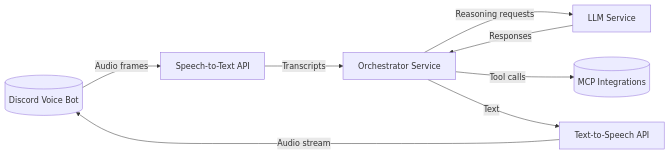
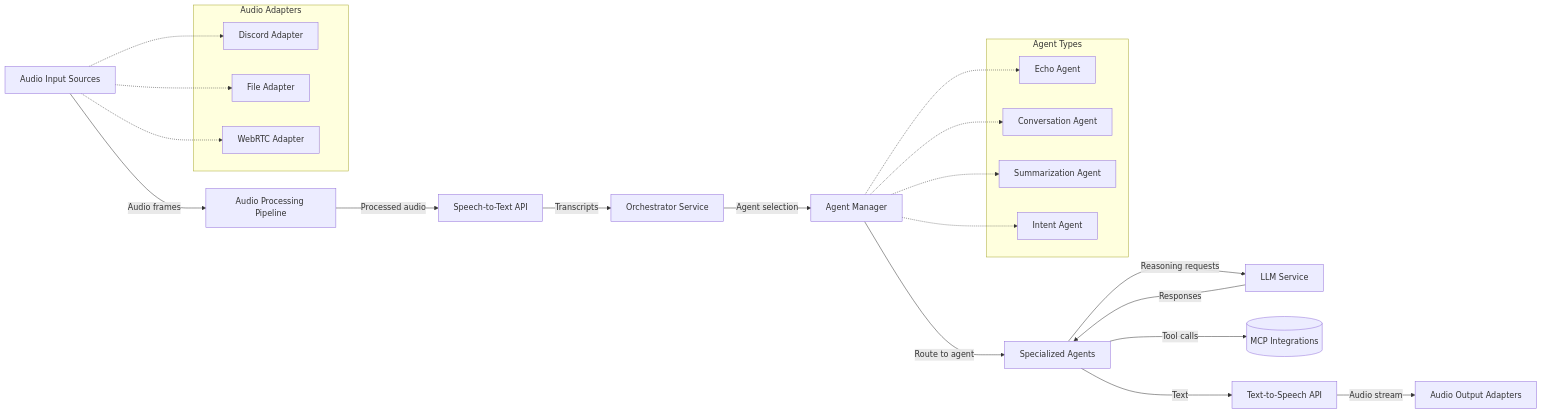
One commit to gabrielpreston/audio-orchestrator changed the diagram in docs/architecture/system-overview.md. Above: the diagram before and after it, drawn with Mermaid. The commit also changed other lines of this file and 3 other files, not shown here.

First line of the commit message:
Phase 5.3: Architecture Documentation Update - COMPLETED (#103)

````diff
--- a/docs/architecture/system-overview.md
+++ b/docs/architecture/system-overview.md
@@ -18,10 +17,35 @@
 ```mermaid
 flowchart LR
-    DiscordClient[(Discord Voice Bot)] -->|Audio frames| STT[Speech-to-Text API]
+    AudioInput[Audio Input Sources] -->|Audio frames| AudioPipeline[Audio Processing Pipeline]
+    AudioPipeline -->|Processed audio| STT[Speech-to-Text API]
     STT -->|Transcripts| Orchestrator[Orchestrator Service]
-    Orchestrator -->|Reasoning requests| LLM[LLM Service]
-    LLM -->|Responses| Orchestrator
-    Orchestrator -->|Tool calls| MCPTools[(MCP Integrations)]
-    Orchestrator -->|Text| TTS[Text-to-Speech API]
-    TTS -->|Audio stream| DiscordClient
+    Orchestrator -->|Agent selection| AgentManager[Agent Manager]
+    AgentManager -->|Route to agent| Agents[Specialized Agents]
+    Agents -->|Reasoning requests| LLM[LLM Service]
+    LLM -->|Responses| Agents
+    Agents -->|Tool calls| MCPTools[(MCP Integrations)]
+    Agents -->|Text| TTS[Text-to-Speech API]
+    TTS -->|Audio stream| AudioOutput[Audio Output Adapters]
+    
+    subgraph "Audio Adapters"
+        DiscordAdapter[Discord Adapter]
+        FileAdapter[File Adapter]
+        WebRTCAdapter[WebRTC Adapter]
+    end
+    
+    subgraph "Agent Types"
+        EchoAgent[Echo Agent]
+        ConversationAgent[Conversation Agent]
+        SummarizationAgent[Summarization Agent]
+        IntentAgent[Intent Agent]
+    end
+    
+    AudioInput -.-> DiscordAdapter
+    AudioInput -.-> FileAdapter
+    AudioInput -.-> WebRTCAdapter
+    
+    AgentManager -.-> EchoAgent
+    AgentManager -.-> ConversationAgent
+    AgentManager -.-> SummarizationAgent
+    AgentManager -.-> IntentAgent
 ```
````
